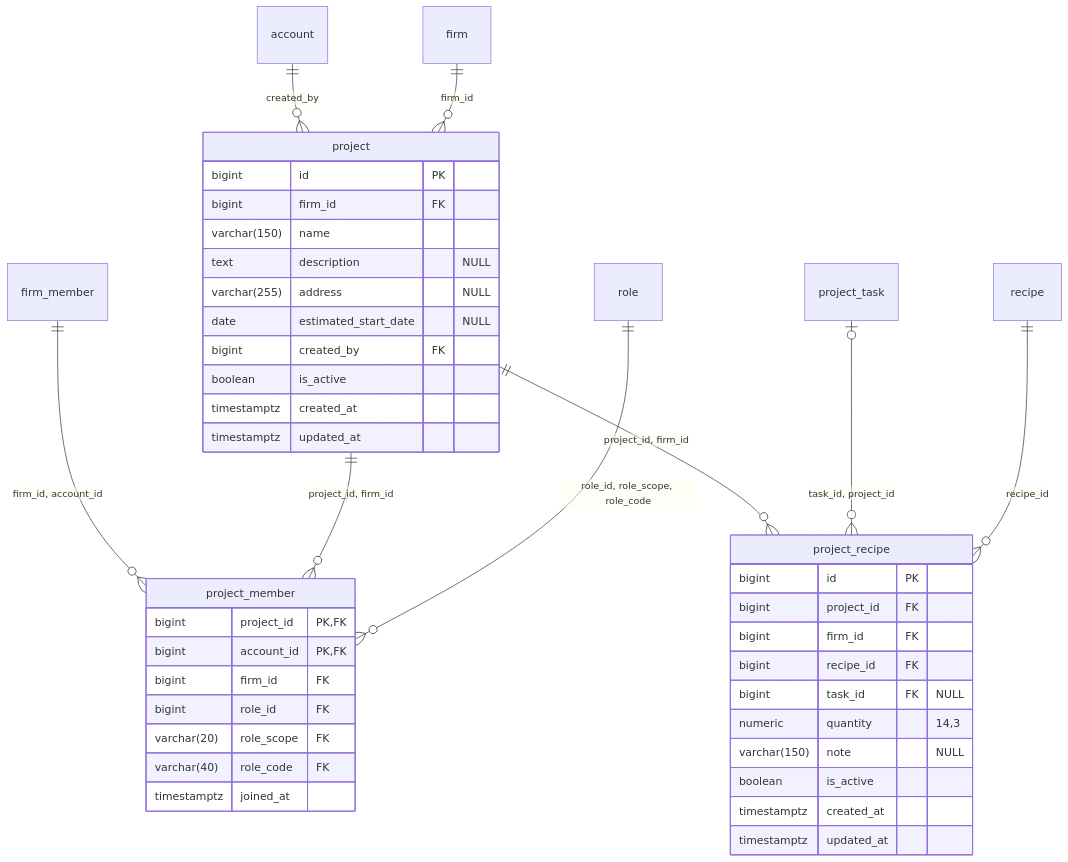
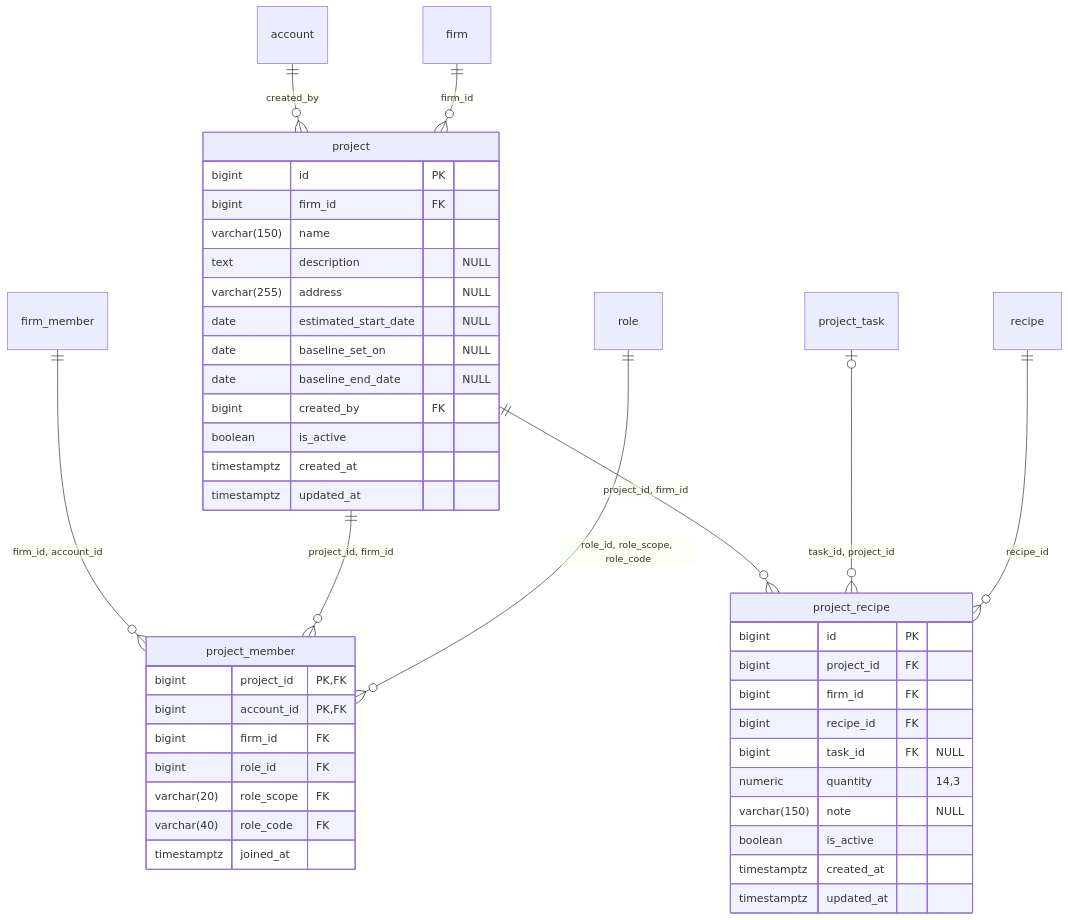
Before and after one commit to uca-argentina/pid-2026-doblews: the fourth of 6 diagrams in docs/der.md, drawn with Mermaid. The commit also changed other lines of this file and 3 other files, not shown here.

````diff
--- a/docs/der.md
+++ b/docs/der.md
@@ -388,45 +393,47 @@
 ```mermaid
 erDiagram
     project {
         bigint id PK
         bigint firm_id FK
         varchar(150) name
         text description "NULL"
         varchar(255) address "NULL"
         date estimated_start_date "NULL"
+        date baseline_set_on "NULL"
+        date baseline_end_date "NULL"
         bigint created_by FK
         boolean is_active
         timestamptz created_at
         timestamptz updated_at
     }
     project_member {
         bigint project_id PK, FK
         bigint account_id PK, FK
         bigint firm_id FK
         bigint role_id FK
         varchar(20) role_scope FK
         varchar(40) role_code FK
         timestamptz joined_at
     }
     project_recipe {
         bigint id PK
         bigint project_id FK
         bigint firm_id FK
         bigint recipe_id FK
         bigint task_id FK "NULL"
         numeric quantity "14,3"
         varchar(150) note "NULL"
         boolean is_active
         timestamptz created_at
         timestamptz updated_at
     }
 
     account ||--o{ project : "created_by"
     firm ||--o{ project : "firm_id"
     firm_member ||--o{ project_member : "firm_id, account_id"
     project ||--o{ project_member : "project_id, firm_id"
     role ||--o{ project_member : "role_id, role_scope, role_code"
     project ||--o{ project_recipe : "project_id, firm_id"
     project_task |o--o{ project_recipe : "task_id, project_id"
     recipe ||--o{ project_recipe : "recipe_id"
 ```
````
